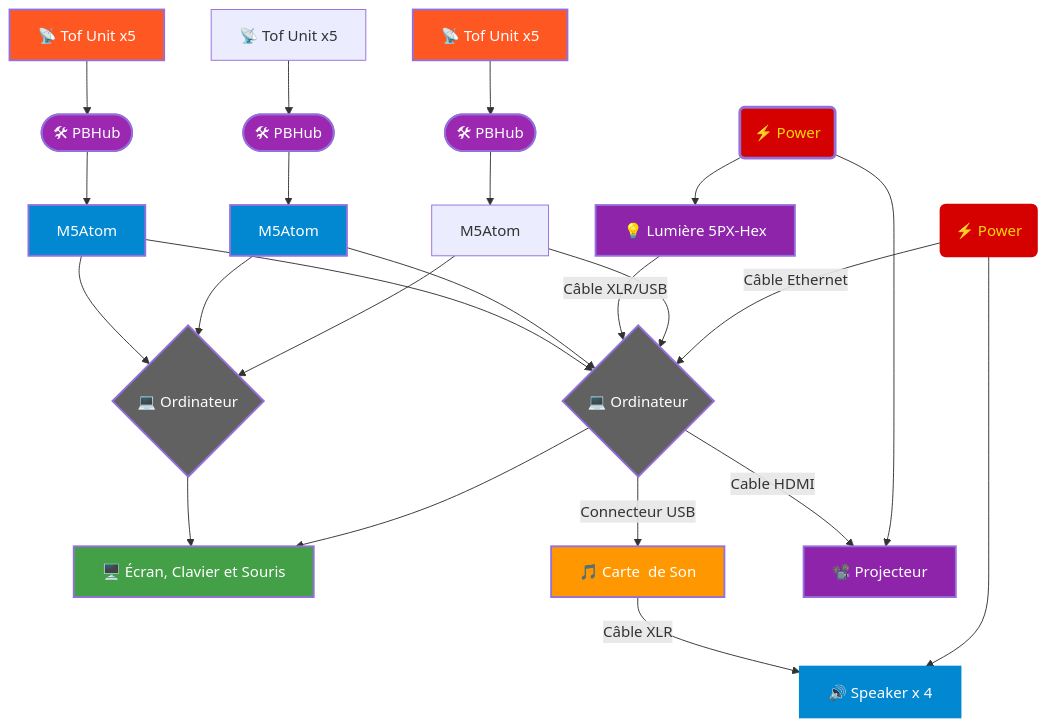
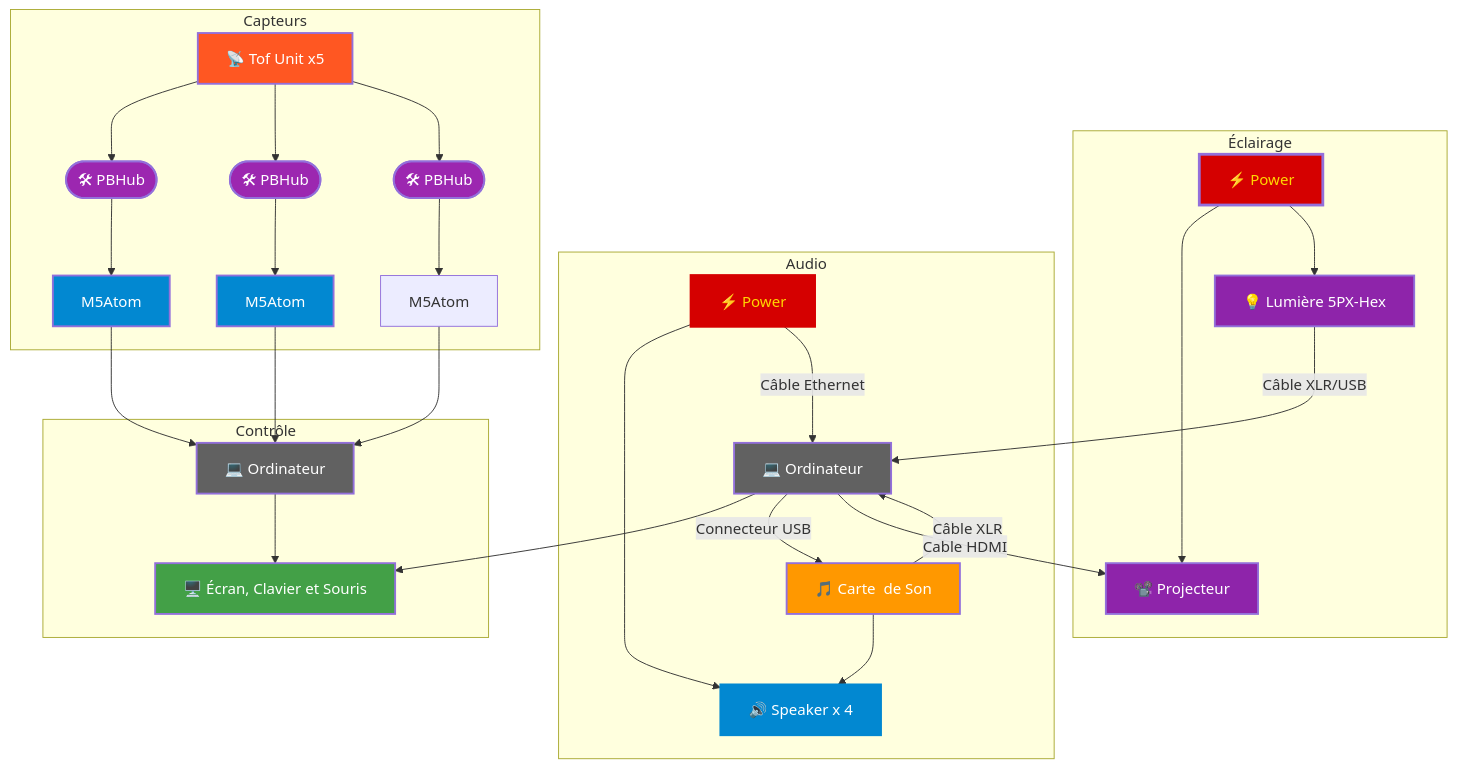
Before and after one commit to Ethereal-Creators/Etheria: the diagram in 30_production/30_synoptique/README.md, drawn with Mermaid.

````diff
--- a/30_production/30_synoptique/README.md
+++ b/30_production/30_synoptique/README.md
@@ -2,50 +2,59 @@
 ```mermaid
 flowchart TD
-    n1["⚡ Power"] --> n2["🔊 Speaker x 4"]
-    n1 -- Câble Ethernet --> n3["💻 Ordinateur"]
-    n3 --> n10["🖥️ Écran, Clavier et Souris"]
-    n3 -- Connecteur USB --> n11["🎵 Carte&nbsp; de Son"]
-    n4["M5Atom"] --> n13["💻 Ordinateur"] & n3
-    n7["⚡ Power"] --> n8["📽️ Projecteur"] & n9["💡 Lumière 5PX-Hex"]
-    n9 -- Câble XLR/USB --> n3
-    n11 -- Câble XLR --> n2
-    n16["M5Atom"] --> n13 & n3
-    n14["M5Atom"] --> n13 & n3
-    n13 --> n10
-    n15["📡 Tof Unit x5"] --> n18(["🛠 PBHub"])
-    n18 --> n14
-    n5["📡 Tof Unit x5"] --> n19(["🛠 PBHub"])
-    n17["📡 Tof Unit x5"] --> n20(["🛠 PBHub"])
-    n19 --> n16
-    n20 --> n4
+    %% AUDIO %%
+    subgraph Audio
+        n1["⚡ Power"] --> n2["🔊 Speaker x 4"]
+        n11["🎵 Carte&nbsp; de Son"] --> n2
+        n11 -- Câble XLR --> n3
+    end
+
+    %% CONTRÔLE %%
+    subgraph Contrôle
+        n1 -- Câble Ethernet --> n3["💻 Ordinateur"]
+        n3 --> n10["🖥️ Écran, Clavier et Souris"]
+        n3 -- Connecteur USB --> n11
+        n13["💻 Ordinateur"] --> n10
+    end
+
+    %% ÉCLAIRAGE %%
+    subgraph Éclairage
+        n7["⚡ Power"] --> n8["📽️ Projecteur"] & n9["💡 Lumière 5PX-Hex"]
+        n9 -- Câble XLR/USB --> n3
+    end
+
+    %% CAPTEURS %%
+    subgraph Capteurs
+        n15["📡 Tof Unit x5"] --> n18(["🛠 PBHub"])
+        n15["📡 Tof Unit x5"] --> n19(["🛠 PBHub"])
+        n15["📡 Tof Unit x5"] --> n20(["🛠 PBHub"])
+        n18 --> n14["M5Atom"]
+        n14 --> n13
+        n16 --> n13
+        n4 --> n13
+        n19(["🛠 PBHub"]) --> n16["M5Atom"]
+        n20(["🛠 PBHub"]) --> n4["M5Atom"]
+    end
+
+    %% CONNEXIONS TRANSVERSALES %%
     n3 -- Cable HDMI --> n8
 
-    n1@{ shape: rounded, width: 1.5, height: 1.5}
-    n2@{ shape: rect, width: 2, height: 1.2 }
-    n3@{ shape: diam, width: 1.8, height: 1.8 }
-    n13@{ shape: diam, width: 1.8, height: 1.8 }
-    n7@{ shape: rounded, width: 1.5, height: 1.5 }
-    n16@{ shape: rect, width: 2, height: 1.2 }
-    n14@{ shape: rect, width: 2, height: 1.2 }
-    n15@{ shape: rect, width: 2, height: 1.2 }
-    n17@{ shape: rect, width: 2, height: 1.2 }
-    
+    %% STYLES %%
     style n1 stroke:#D50000,fill:#D50000,color:#FFD600,stroke-width:3px
     style n2 stroke:#0288D1,fill:#0288D1,color:#FFFFFF,stroke-width:2px
     style n3 fill:#616161,color:#FFFFFF,stroke-width:2px
     style n13 fill:#616161,color:#FFFFFF,stroke-width:2px
     style n7 fill:#D50000,color:#FFD600,stroke-width:3px
     style n10 fill:#43A047,color:#FFFFFF,stroke-width:2px
     style n11 fill:#FF9800,color:#FFFFFF,stroke-width:2px
     style n8 fill:#8E24AA,color:#FFFFFF,stroke-width:2px
     style n9 fill:#8E24AA,color:#FFFFFF,stroke-width:2px
     style n16 fill:#0288D1,color:#FFFFFF,stroke-width:2px
     style n14 fill:#0288D1,color:#FFFFFF,stroke-width:2px
     style n15 fill:#FF5722,color:#FFFFFF,stroke-width:2px
-    style n17 fill:#FF5722,color:#FFFFFF,stroke-width:2px
     style n18 fill:#9C27B0,color:#FFFFFF,stroke-width:2px
     style n19 fill:#9C27B0,color:#FFFFFF,stroke-width:2px
     style n20 fill:#9C27B0,color:#FFFFFF,stroke-width:2px
 
 
+
 ```
````
